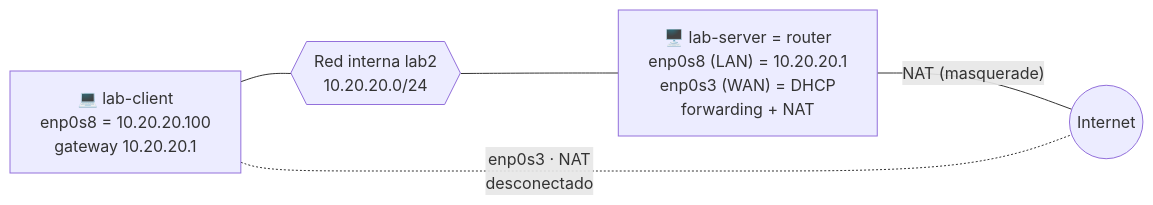
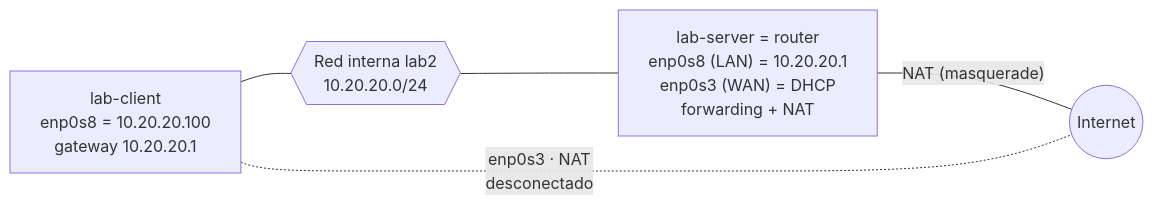
One commit to Ragdoll-Git/TP1aTp7-Guia changed the diagram in 02-tp2-routing-nat.md. Above: the diagram before and after it, drawn with Mermaid. The commit also changed other lines of this file and 9 other files, not shown here.

````diff
--- a/02-tp2-routing-nat.md
+++ b/02-tp2-routing-nat.md
@@ -5,11 +5,11 @@
 ```mermaid
 flowchart LR
-    c["💻 lab-client<br>enp0s8 = 10.20.20.100<br>gateway 10.20.20.1"]
+    c["lab-client<br>enp0s8 = 10.20.20.100<br>gateway 10.20.20.1"]
     lab{{"Red interna lab2<br>10.20.20.0/24"}}
-    r["🖥️ lab-server = router<br>enp0s8 (LAN) = 10.20.20.1<br>enp0s3 (WAN) = DHCP<br>forwarding + NAT"]
+    r["lab-server = router<br>enp0s8 (LAN) = 10.20.20.1<br>enp0s3 (WAN) = DHCP<br>forwarding + NAT"]
     internet(("Internet"))
 
     c --- lab --- r
     r ---|"NAT (masquerade)"| internet
     c -.-|"enp0s3 · NAT<br>desconectado"| internet
 ```
````
